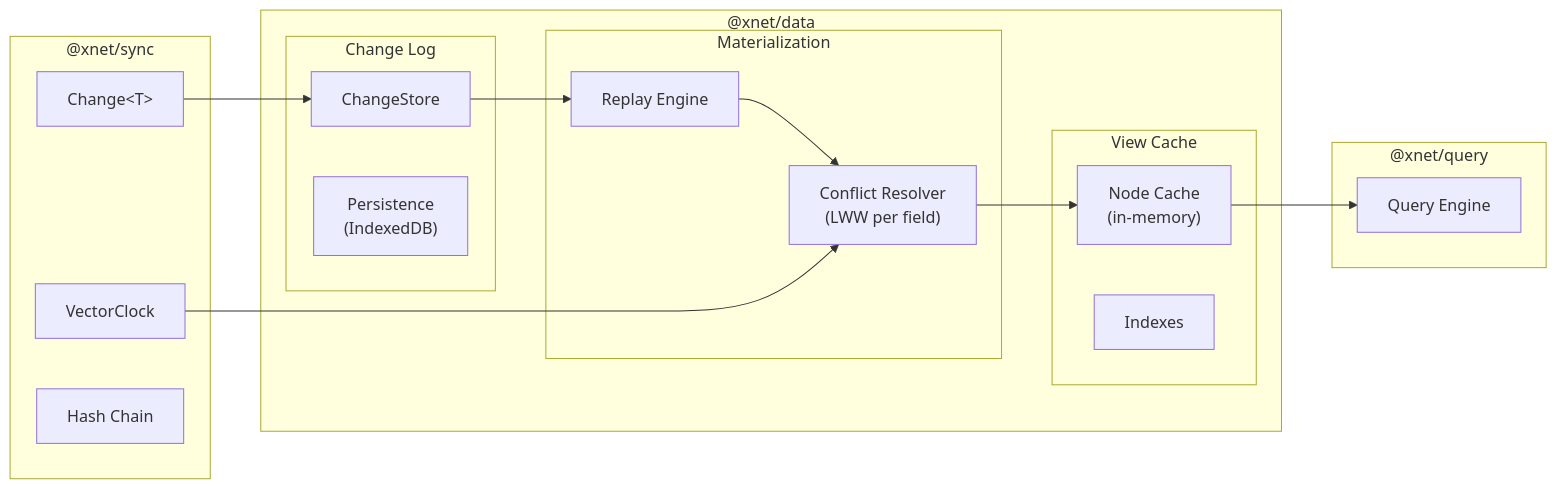
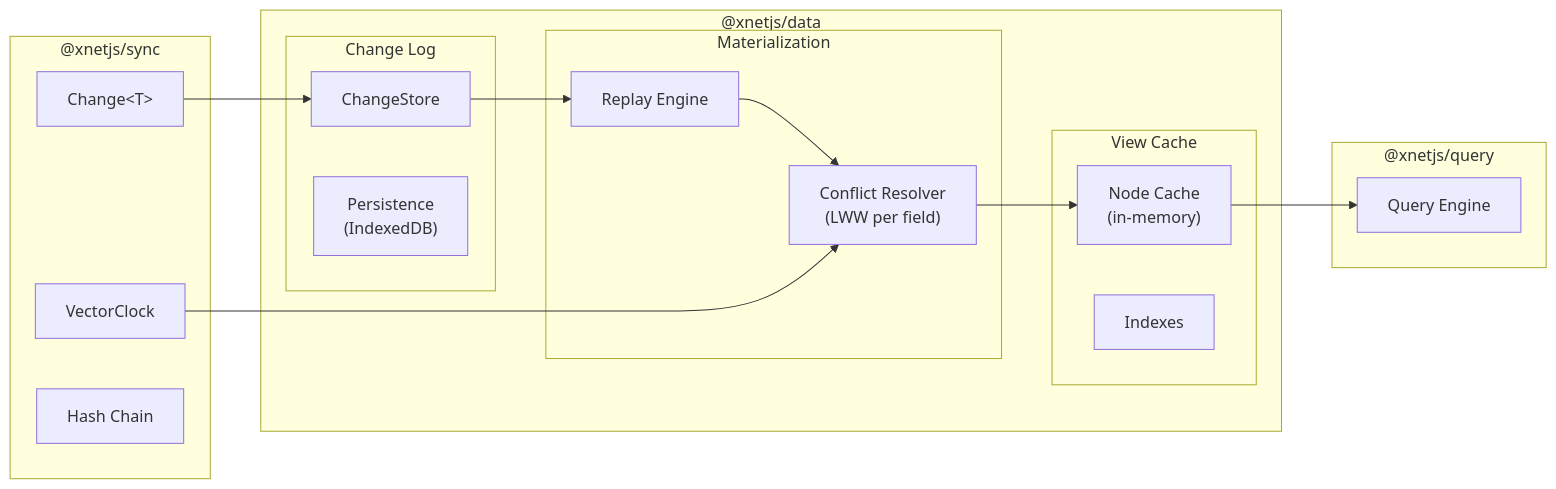
Before and after one commit to crs48/xNet: the third of 4 diagrams in docs/plans/plan02_1DataModelConsolidation/13-append-only-architecture.md, drawn with Mermaid. The commit also changed 980 other files, not shown here.

````diff
--- a/docs/plans/plan02_1DataModelConsolidation/13-append-only-architecture.md
+++ b/docs/plans/plan02_1DataModelConsolidation/13-append-only-architecture.md
@@ -111,36 +111,36 @@
 ```mermaid
 flowchart LR
-    subgraph sync["@xnet/sync"]
+    subgraph sync["@xnetjs/sync"]
         CHANGE["Change&lt;T&gt;"]
         CLOCK["VectorClock"]
         CHAIN["Hash Chain"]
     end
 
-    subgraph data["@xnet/data"]
+    subgraph data["@xnetjs/data"]
         subgraph log["Change Log"]
             STORE["ChangeStore"]
             PERSIST["Persistence<br/>(IndexedDB)"]
         end
 
         subgraph mat["Materialization"]
             ENGINE["Replay Engine"]
             RESOLVER["Conflict Resolver<br/>(LWW per field)"]
         end
 
         subgraph cache["View Cache"]
             NODES["Node Cache<br/>(in-memory)"]
             INDEX["Indexes"]
         end
     end
 
-    subgraph query["@xnet/query"]
+    subgraph query["@xnetjs/query"]
         QUERY["Query Engine"]
     end
 
     CHANGE --> STORE
     STORE --> ENGINE
     ENGINE --> RESOLVER
     RESOLVER --> NODES
     NODES --> QUERY
     CLOCK --> RESOLVER
 ```
````
